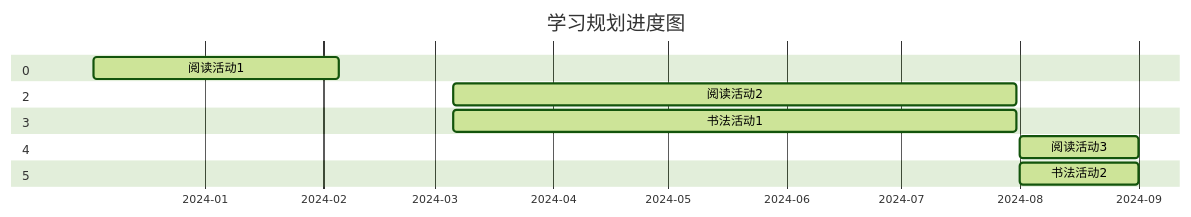
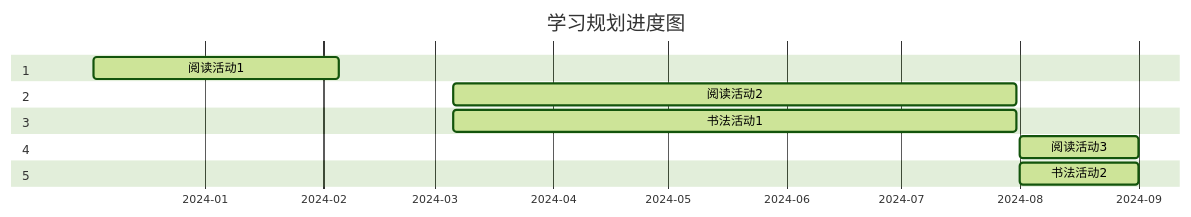
Before and after one commit to mushroom-cn/mushroom-cn.github.io: the diagram in index.md, drawn with Mermaid.

Commit message:
fix: 更新序号

````diff
--- a/index.md
+++ b/index.md
@@ -14,19 +14,19 @@
 ```mermaid
 gantt
 %%{init: { 'logLevel': 'debug', 'theme': 'forest' } }%%
     title       学习规划进度图
     dateFormat  YYYY-MM-DD
     axisFormat  %Y-%m
 
-    section 0
+    section 1
         阅读活动1               :active,  2023-12-03, 2024-02-05
     section 2
         阅读活动2               :active,  2024-03-06, 2024-07-31
     section 3
         书法活动1               :active,  2024-03-06, 2024-07-31
     section 4
         阅读活动3               :active,  2024-08-01, 2024-09-01
     section 5
         书法活动2               :active,  2024-08-01, 2024-09-01
 
 ```
````
